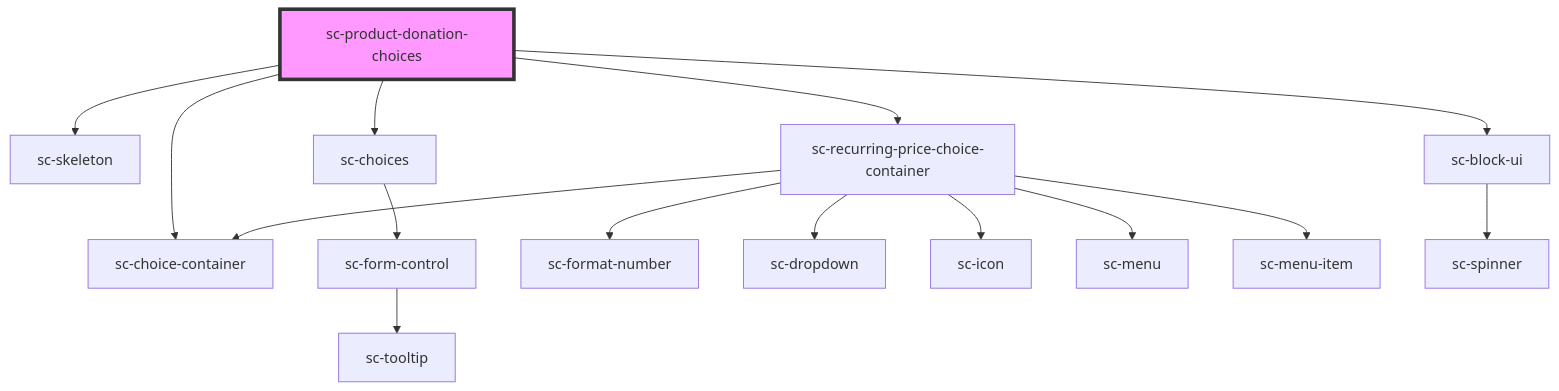
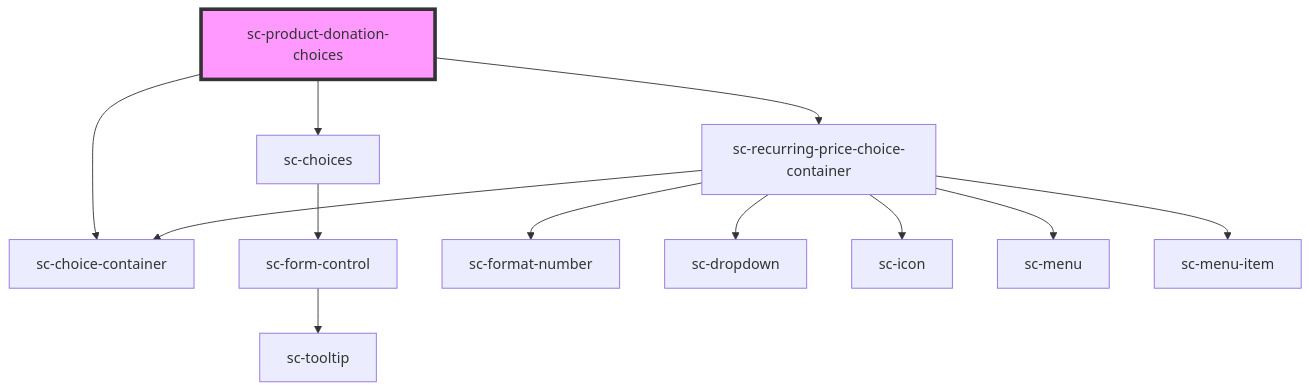
Before and after one commit to surecart/surecart-wp-plugin: the diagram in packages/components/src/components/controllers/checkout-form/product-donation-choices/readme.md, drawn with Mermaid. The commit also changed other lines of this file and 35 other files, not shown here.

````diff
--- a/packages/components/src/components/controllers/checkout-form/product-donation-choices/readme.md
+++ b/packages/components/src/components/controllers/checkout-form/product-donation-choices/readme.md
@@ -52,18 +38,15 @@
 ```mermaid
 graph TD;
-  sc-product-donation-choices --> sc-skeleton
   sc-product-donation-choices --> sc-choices
   sc-product-donation-choices --> sc-recurring-price-choice-container
   sc-product-donation-choices --> sc-choice-container
-  sc-product-donation-choices --> sc-block-ui
   sc-choices --> sc-form-control
   sc-form-control --> sc-tooltip
   sc-recurring-price-choice-container --> sc-format-number
   sc-recurring-price-choice-container --> sc-choice-container
   sc-recurring-price-choice-container --> sc-dropdown
   sc-recurring-price-choice-container --> sc-icon
   sc-recurring-price-choice-container --> sc-menu
   sc-recurring-price-choice-container --> sc-menu-item
-  sc-block-ui --> sc-spinner
   style sc-product-donation-choices fill:#f9f,stroke:#333,stroke-width:4px
 ```
````
